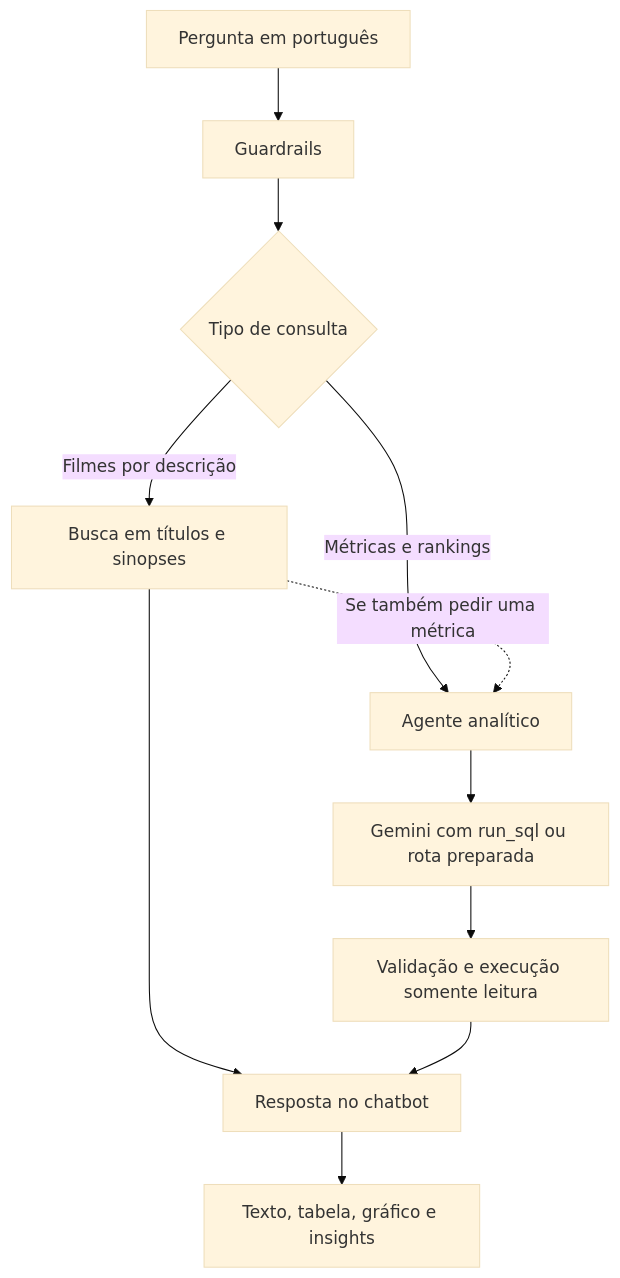
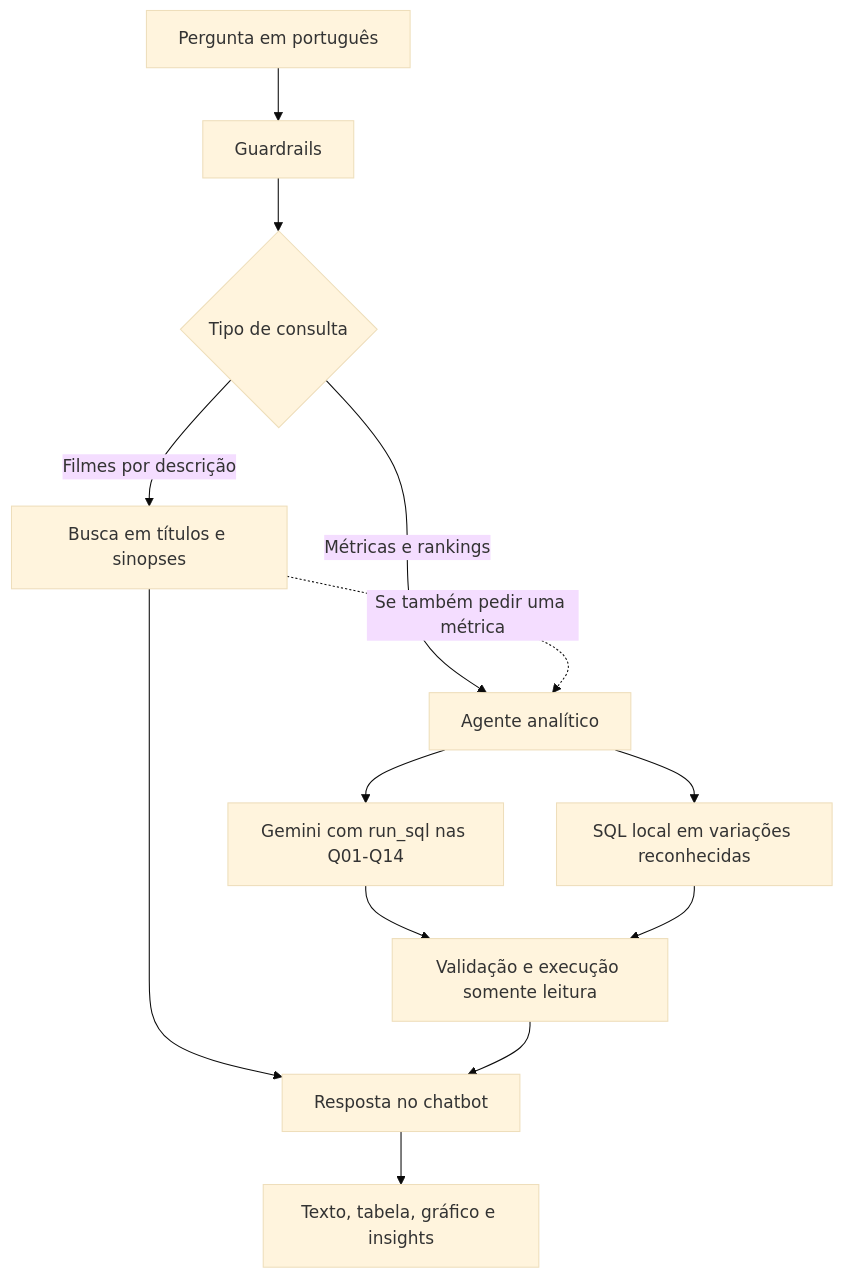
One commit to GuilhermeRangel1/CineData-GenAi changed the first of 2 diagrams in README.md. Above: the diagram before and after it, drawn with Mermaid (base theme). The commit also changed other lines of this file and 1 other file, not shown here.

````diff
--- a/README.md
+++ b/README.md
@@ -40,13 +41,15 @@
 ```mermaid
 flowchart TB
     Q[Pergunta em português] --> G[Guardrails]
     G --> R{Tipo de consulta}
     R -->|Filmes por descrição| S[Busca em títulos e sinopses]
     R -->|Métricas e rankings| A[Agente analítico]
     S -.->|Se também pedir uma métrica| A
-    A --> M[Gemini com run_sql ou rota preparada]
+    A --> M[Gemini com run_sql nas Q01-Q14]
+    A --> P[SQL local em variações reconhecidas]
     M --> V[Validação e execução somente leitura]
+    P --> V
     S --> F[Resposta no chatbot]
     V --> F
     F --> O[Texto, tabela, gráfico e insights]
 ```
````
